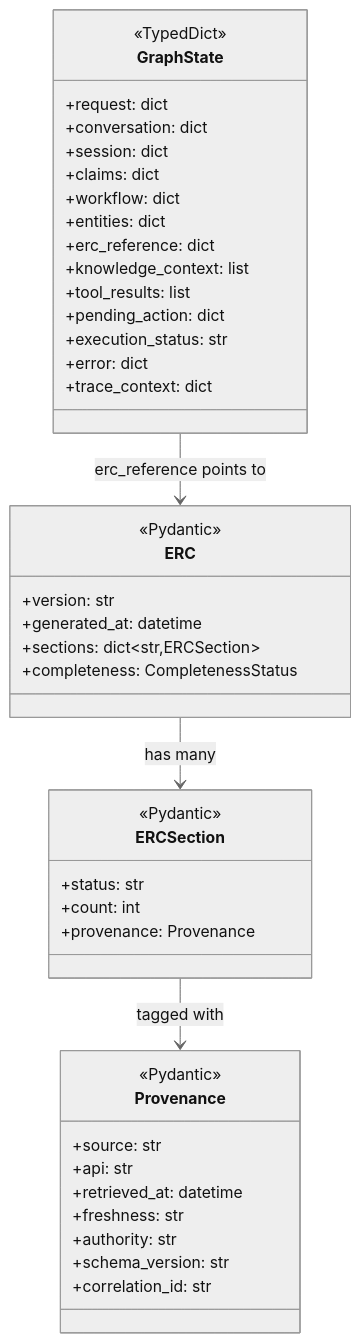
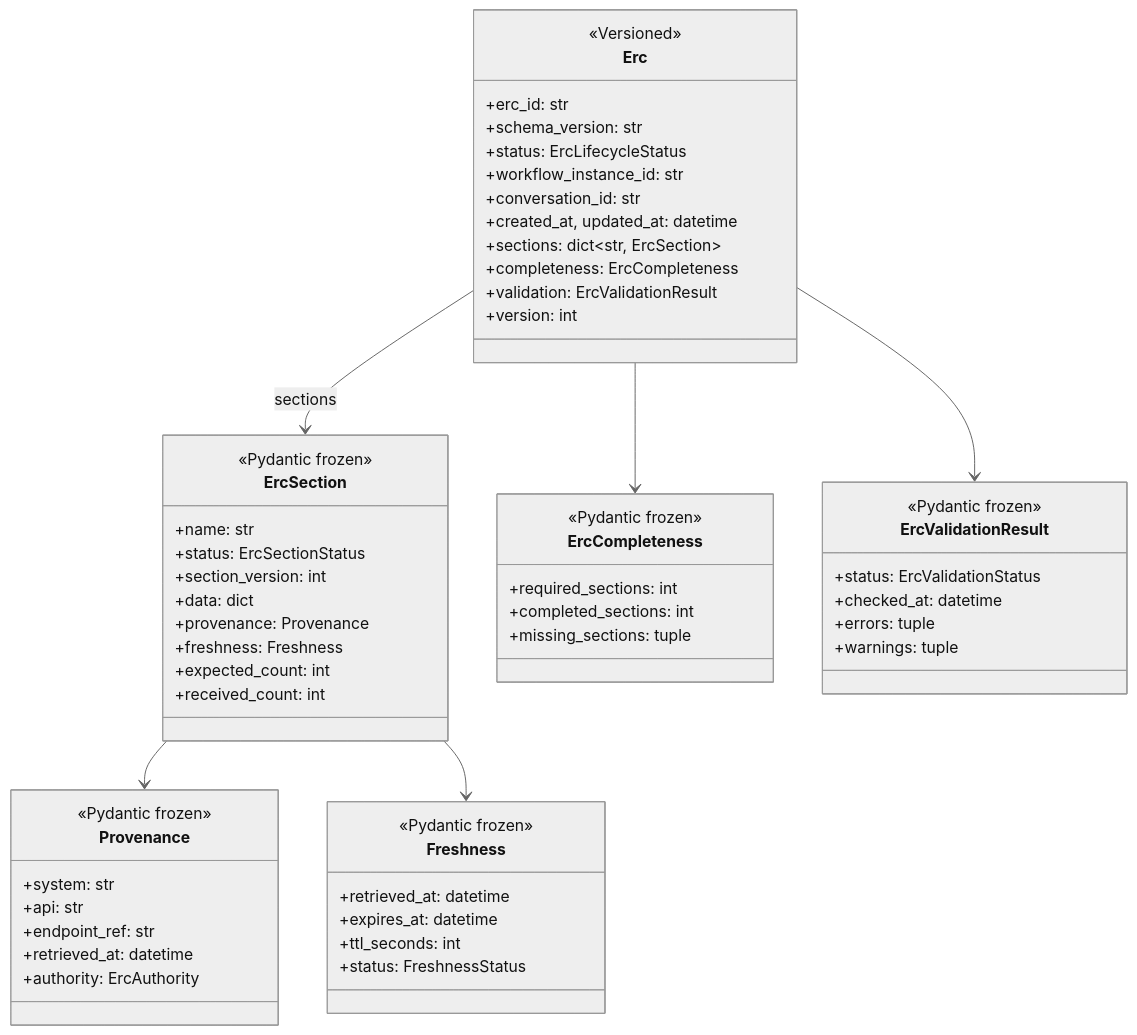
Before and after one commit to gobimca87/PF-FT: diagram 25 of 38 in docs/ppt/c4-architecture-diagrams.md, drawn with Mermaid (neutral theme). The commit also changed other lines of this file, not shown here.

First line of the commit message:
docs(architecture): restructure C4 to start high-level; deepen L4

````diff
--- a/docs/ppt/c4-architecture-diagrams.md
+++ b/docs/ppt/c4-architecture-diagrams.md
@@ -956,45 +1272,60 @@
 ```mermaid
 classDiagram
-    class GraphState {
-        <<TypedDict>>
-        +request: dict
-        +conversation: dict
-        +session: dict
-        +claims: dict
-        +workflow: dict
-        +entities: dict
-        +erc_reference: dict
-        +knowledge_context: list
-        +tool_results: list
-        +pending_action: dict
-        +execution_status: str
-        +error: dict
-        +trace_context: dict
+    class Erc {
+        <<Versioned>>
+        +erc_id: str
+        +schema_version: str
+        +status: ErcLifecycleStatus
+        +workflow_instance_id: str
+        +conversation_id: str
+        +created_at, updated_at: datetime
+        +sections: dict~str, ErcSection~
+        +completeness: ErcCompleteness
+        +validation: ErcValidationResult
+        +version: int
     }
-    class ERC {
-        <<Pydantic>>
-        +version: str
-        +generated_at: datetime
-        +sections: dict~str,ERCSection~
-        +completeness: CompletenessStatus
-    }
-    class ERCSection {
-        <<Pydantic>>
-        +status: str
-        +count: int
+    class ErcSection {
+        <<Pydantic frozen>>
+        +name: str
+        +status: ErcSectionStatus
+        +section_version: int
+        +data: dict
         +provenance: Provenance
+        +freshness: Freshness
+        +expected_count: int
+        +received_count: int
     }
     class Provenance {
-        <<Pydantic>>
-        +source: str
+        <<Pydantic frozen>>
+        +system: str
         +api: str
+        +endpoint_ref: str
         +retrieved_at: datetime
-        +freshness: str
-        +authority: str
-        +schema_version: str
-        +correlation_id: str
+        +authority: ErcAuthority
     }
-    GraphState --> ERC : erc_reference points to
-    ERC --> ERCSection : has many
-    ERCSection --> Provenance : tagged with
+    class Freshness {
+        <<Pydantic frozen>>
+        +retrieved_at: datetime
+        +expires_at: datetime
+        +ttl_seconds: int
+        +status: FreshnessStatus
+    }
+    class ErcCompleteness {
+        <<Pydantic frozen>>
+        +required_sections: int
+        +completed_sections: int
+        +missing_sections: tuple
+    }
+    class ErcValidationResult {
+        <<Pydantic frozen>>
+        +status: ErcValidationStatus
+        +checked_at: datetime
+        +errors: tuple
+        +warnings: tuple
+    }
+    Erc --> ErcSection : sections
+    Erc --> ErcCompleteness
+    Erc --> ErcValidationResult
+    ErcSection --> Provenance
+    ErcSection --> Freshness
 ```
````
